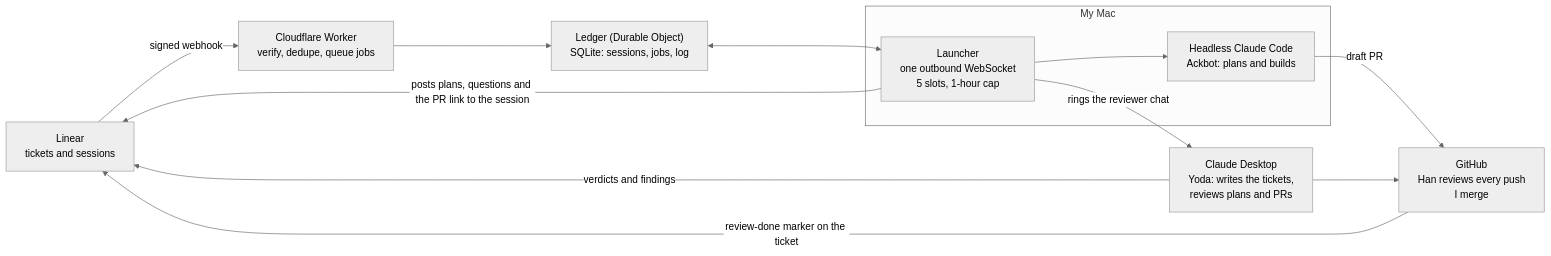
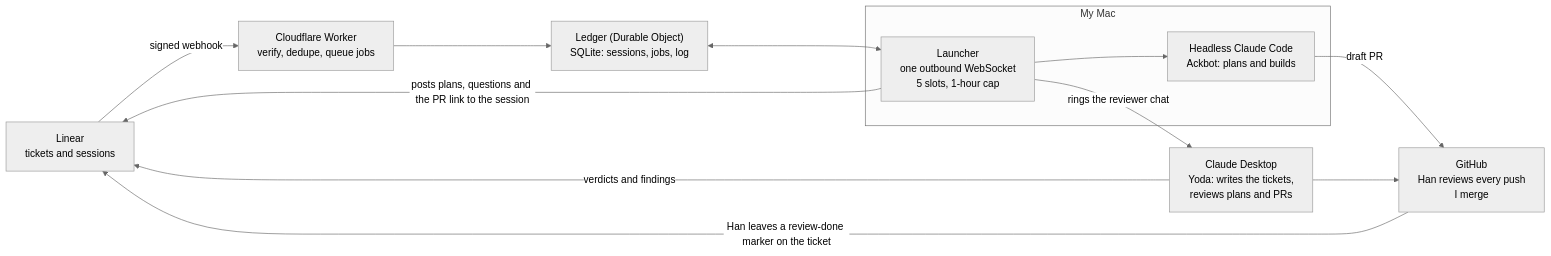
One commit to oaknational/oak-open-curriculum-ecosystem changed the diagram in .agent/research/team-of-one-agentic-sdlc-and-the-practice-2026-11-06.md. Above: the diagram before and after it, drawn with Mermaid (neutral theme). The commit also changed other lines of this file and 1 other file, not shown here.

First line of the commit message:
docs(research): apply the accuracy review to the team-of-one comparison

````diff
--- a/.agent/research/team-of-one-agentic-sdlc-and-the-practice-2026-11-06.md
+++ b/.agent/research/team-of-one-agentic-sdlc-and-the-practice-2026-11-06.md
@@ -121,23 +123,23 @@
 ```mermaid
 flowchart LR
     linear["Linear<br/>tickets and sessions"]
     worker["Cloudflare Worker<br/>verify, dedupe, queue jobs"]
     ledger["Ledger (Durable Object)<br/>SQLite: sessions, jobs, log"]
     subgraph mac["My Mac"]
         launcher["Launcher<br/>one outbound WebSocket<br/>5 slots, 1-hour cap"]
         ackbot["Headless Claude Code<br/>Ackbot: plans and builds"]
     end
     desktop["Claude Desktop<br/>Yoda: writes the tickets,<br/>reviews plans and PRs"]
     github["GitHub<br/>Han reviews every push<br/>I merge"]
 
     linear -- signed webhook --> worker
     worker --> ledger
     ledger <--> launcher
     launcher --> ackbot
     ackbot -- draft PR --> github
     launcher -- rings the reviewer chat --> desktop
     desktop -- verdicts and findings --> linear
     desktop --> github
-    github -- review-done marker on the ticket --> linear
+    github -- Han leaves a review-done marker on the ticket --> linear
     launcher -- posts plans, questions and the PR link to the session --> linear
 ```
````
